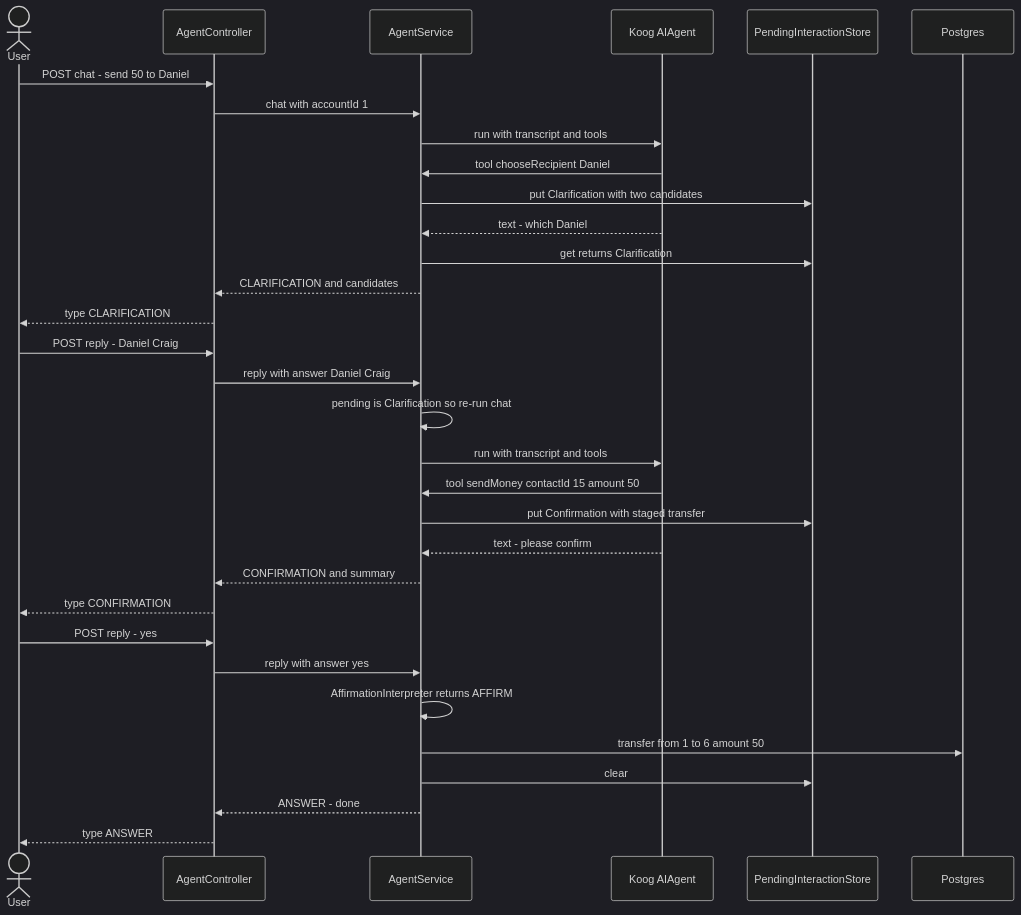
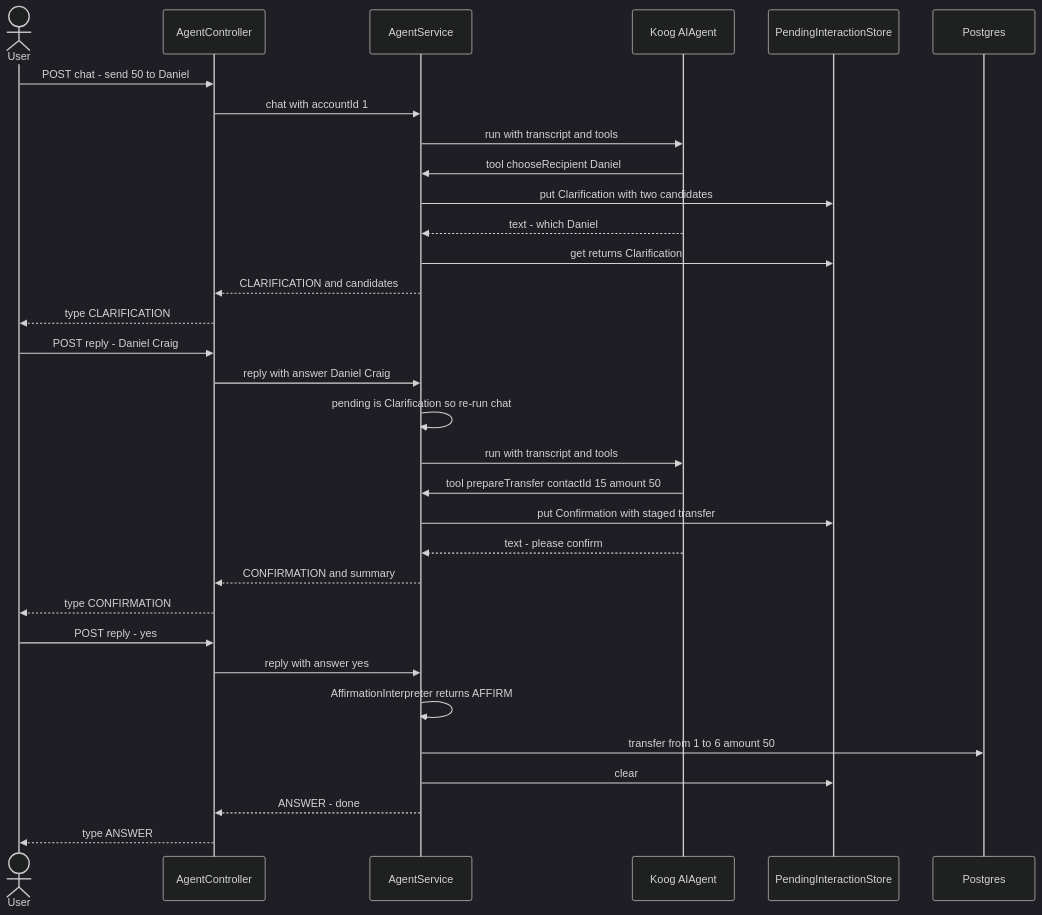
One commit to adityamparikh/koog-spring-boot changed the third of 3 diagrams in docs/agent-flow.md. Above: the diagram before and after it, drawn with Mermaid (dark theme). The commit also changed other lines of this file and 9 other files, not shown here.

First line of the commit message:
refactor: rename sendMoney→prepareTransfer, collapse ChatResponse, add confirm-gate IT

````diff
--- a/docs/agent-flow.md
+++ b/docs/agent-flow.md
@@ -85,37 +85,37 @@
 ```mermaid
 sequenceDiagram
     actor U as User
     participant API as AgentController
     participant S as AgentService
     participant L as Koog AIAgent
     participant P as PendingInteractionStore
     participant DB as Postgres
 
     U->>API: POST chat - send 50 to Daniel
     API->>S: chat with accountId 1
     S->>L: run with transcript and tools
     L->>S: tool chooseRecipient Daniel
     S->>P: put Clarification with two candidates
     L-->>S: text - which Daniel
     S->>P: get returns Clarification
     S-->>API: CLARIFICATION and candidates
     API-->>U: type CLARIFICATION
 
     U->>API: POST reply - Daniel Craig
     API->>S: reply with answer Daniel Craig
     S->>S: pending is Clarification so re-run chat
     S->>L: run with transcript and tools
-    L->>S: tool sendMoney contactId 15 amount 50
+    L->>S: tool prepareTransfer contactId 15 amount 50
     S->>P: put Confirmation with staged transfer
     L-->>S: text - please confirm
     S-->>API: CONFIRMATION and summary
     API-->>U: type CONFIRMATION
 
     U->>API: POST reply - yes
     API->>S: reply with answer yes
     S->>S: AffirmationInterpreter returns AFFIRM
     S->>DB: transfer from 1 to 6 amount 50
     S->>P: clear
     S-->>API: ANSWER - done
     API-->>U: type ANSWER
 ```
````
